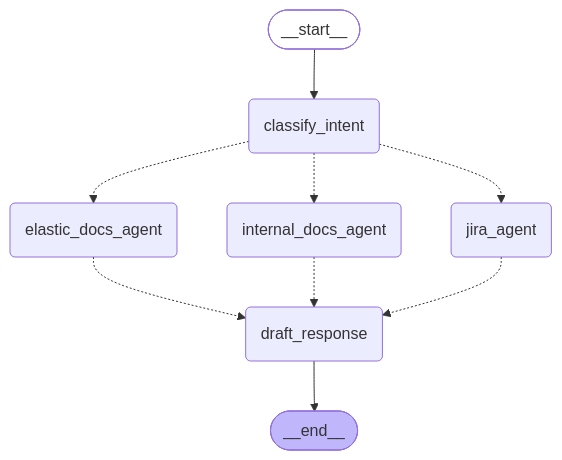
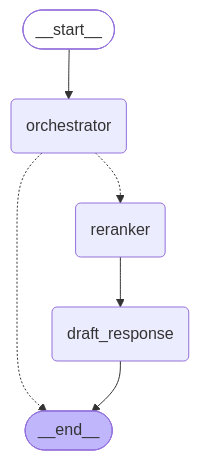
Before and after one commit to adhishthite/lg-intent: the diagram in README.md, drawn with Mermaid. The commit also changed other lines of this file and 31 other files, not shown here.

First line of the commit message:
Refactor Enterprise RAG for Tool-Based Architecture

````diff
--- a/README.md
+++ b/README.md
@@ -17,20 +30,15 @@
 ```mermaid
 graph TD;
     __start__([__start__]):::first
-    classify_intent(classify_intent)
-    internal_docs_agent(internal_docs_agent)
-    elastic_docs_agent(elastic_docs_agent)
-    jira_agent(jira_agent)
+    orchestrator(orchestrator)
+    reranker(reranker)
     draft_response(draft_response)
     __end__([__end__]):::last
-    __start__ --> classify_intent;
-    classify_intent -.-> elastic_docs_agent;
-    classify_intent -.-> internal_docs_agent;
-    classify_intent -.-> jira_agent;
-    elastic_docs_agent -.-> draft_response;
-    internal_docs_agent -.-> draft_response;
-    jira_agent -.-> draft_response;
+    __start__ --> orchestrator;
+    orchestrator -.-> __end__;
+    orchestrator -.-> reranker;
+    reranker --> draft_response;
     draft_response --> __end__;
     classDef first fill-opacity:0
     classDef last fill:#bfb6fc
 ```
````
